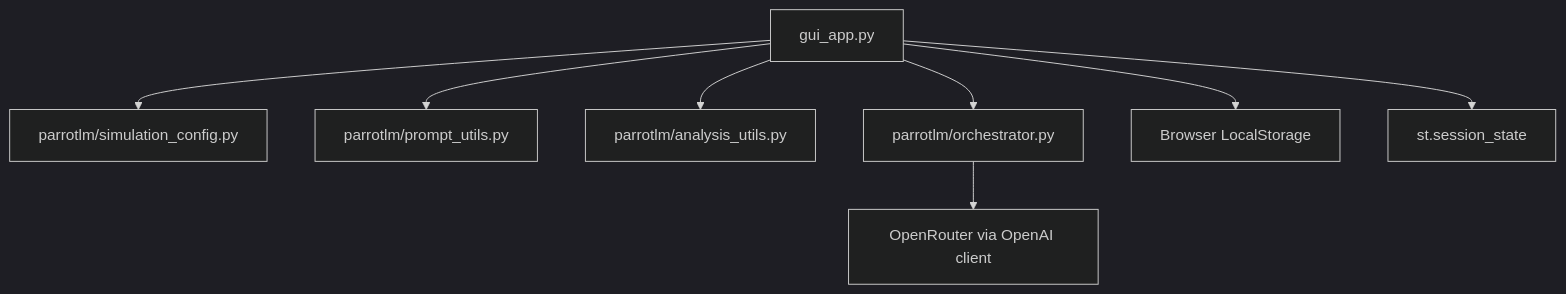
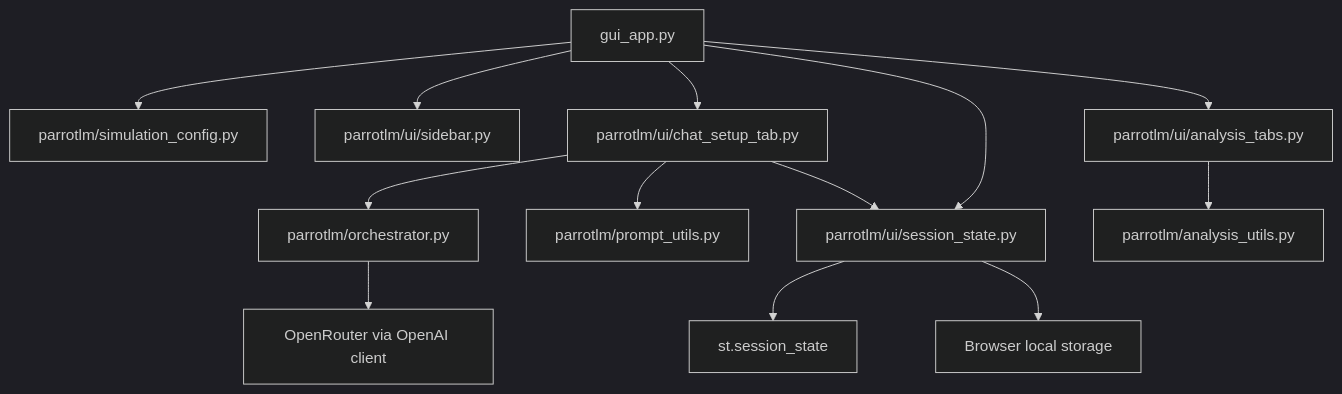
The diagram in module_map.md (gdc0000/parrot-lm), drawn with Mermaid (dark theme) before and after one commit. The commit also changed other lines of this file, not shown here.

````diff
--- a/module_map.md
+++ b/module_map.md
@@ -90,11 +136,17 @@
 ```mermaid
 graph TD
-    gui[gui_app.py] --> config[parrotlm/simulation_config.py]
-    gui --> prompts[parrotlm/prompt_utils.py]
-    gui --> analysis[parrotlm/analysis_utils.py]
-    gui --> orch[parrotlm/orchestrator.py]
+    app[gui_app.py] --> cfg[parrotlm/simulation_config.py]
+    app --> side[parrotlm/ui/sidebar.py]
+    app --> chat[parrotlm/ui/chat_setup_tab.py]
+    app --> tabs[parrotlm/ui/analysis_tabs.py]
+    app --> state[parrotlm/ui/session_state.py]
+
+    chat --> prompt[parrotlm/prompt_utils.py]
+    chat --> orch[parrotlm/orchestrator.py]
+    tabs --> analysis[parrotlm/analysis_utils.py]
+    chat --> state
 
     orch --> openrouter[OpenRouter via OpenAI client]
-    gui --> localstore[Browser LocalStorage]
-    gui --> session[st.session_state]
+    state --> session[st.session_state]
+    state --> local[Browser local storage]
 ```
````
